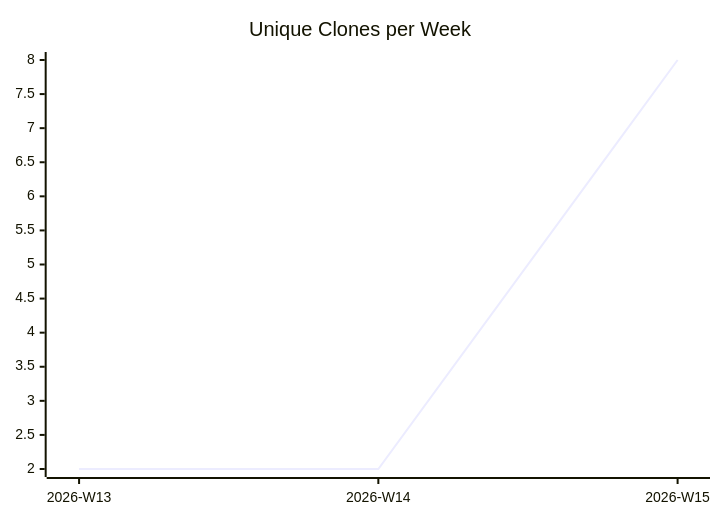
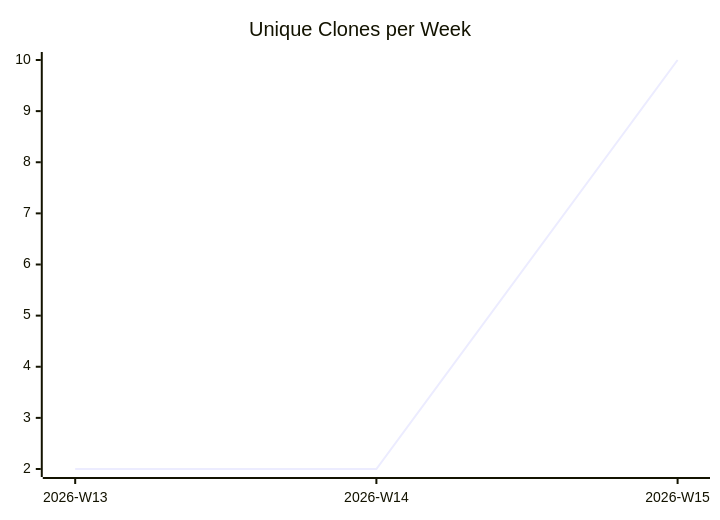
Before and after one commit to justdavis-family/github-analytics-data: the third of 3 diagrams in karlmdavis/jessentials/README.md, drawn with Mermaid. The commit also changed other lines of this file and 191 other files, not shown here.

````diff
--- a/karlmdavis/jessentials/README.md
+++ b/karlmdavis/jessentials/README.md
@@ -19,6 +19,6 @@
 ```mermaid
 xychart-beta
   title "Unique Clones per Week"
   x-axis ["2026-W13", "2026-W14", "2026-W15"]
-  line [2, 2, 8]
+  line [2, 2, 10]
 ```
````
